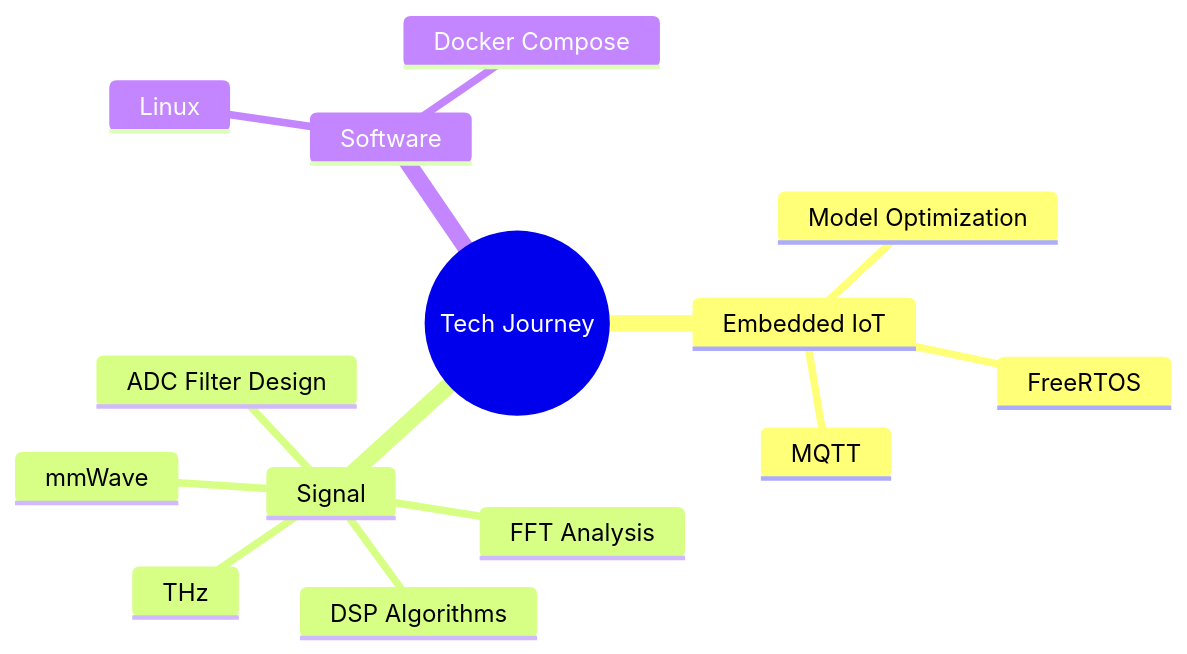
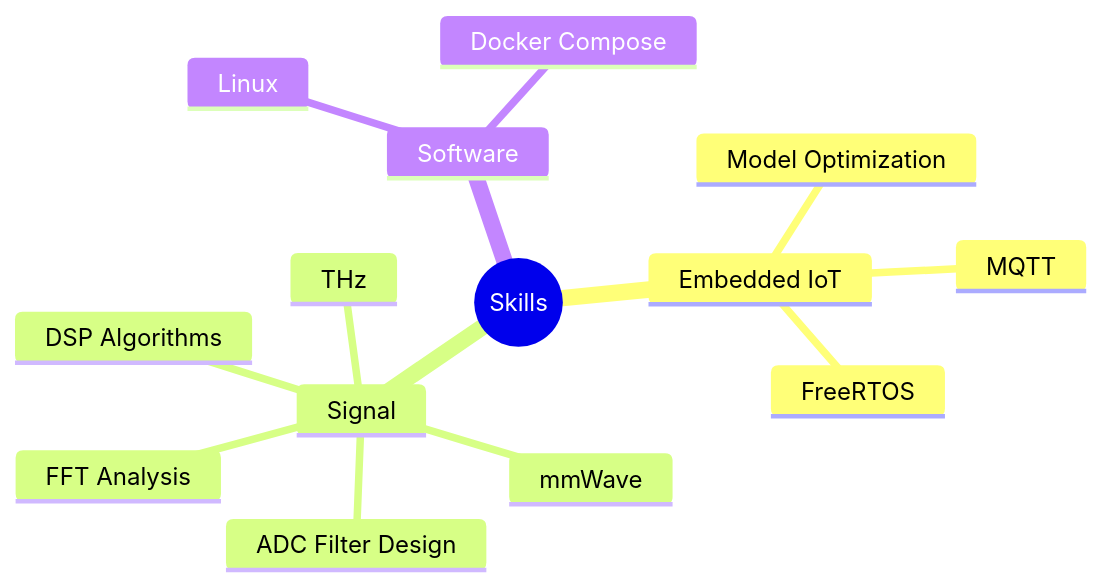
The diagram in README.md (bathanh0309/bathanh0309), drawn with Mermaid before and after one commit. The commit also changed other lines of this file, not shown here.

````diff
--- a/README.md
+++ b/README.md
@@ -29,17 +26,17 @@
 ```mermaid
 mindmap
-  root((Tech Journey))
+  root((Skills))
     Embedded IoT
       MQTT
       FreeRTOS
       Model Optimization
     Signal
       mmWave
       THz
       ADC Filter Design
       DSP Algorithms
       FFT Analysis
     Software
       Linux
       Docker Compose
 ```
````
